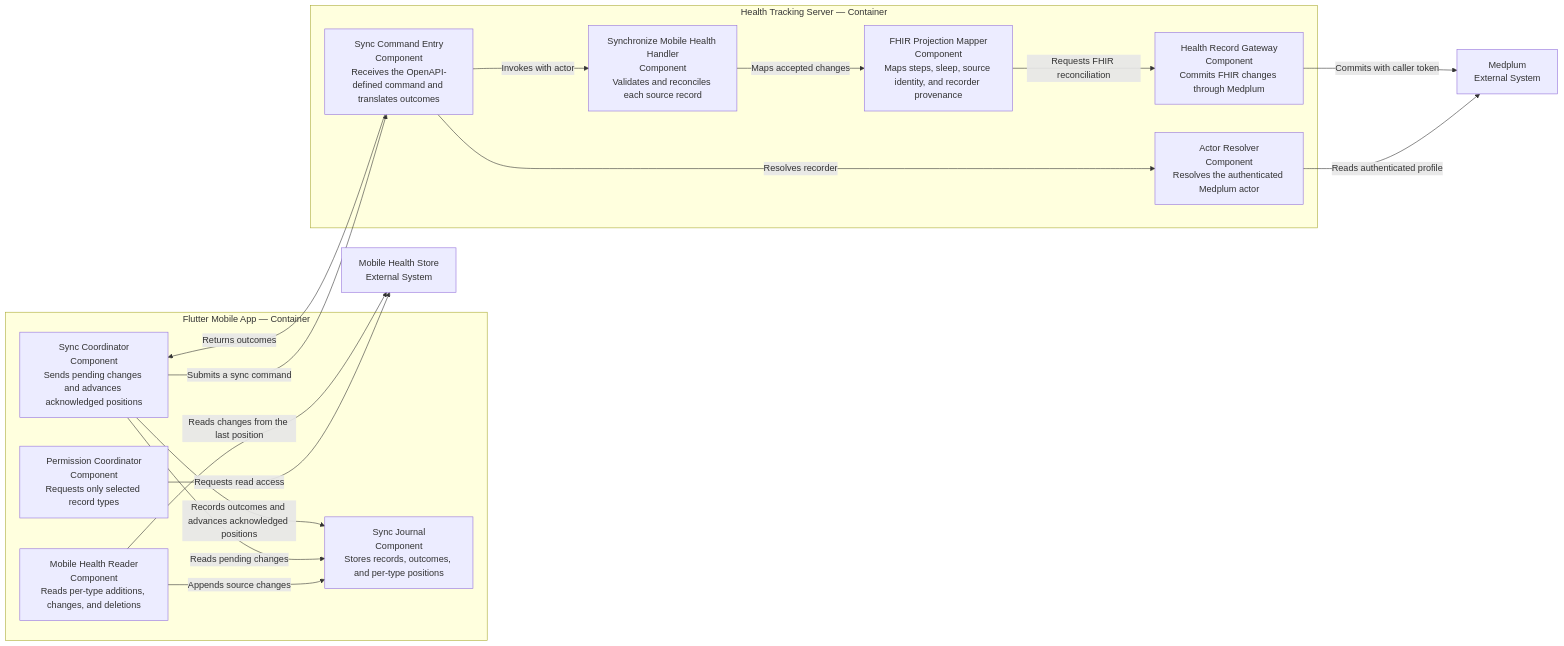
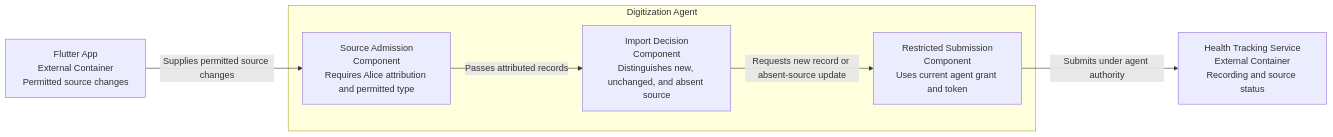
The second of 3 diagrams in dhf/documents/design/mobile_health_sync.md (ragavsathish/medplum), drawn with Mermaid before and after one commit. The commit also changed other lines of this file and 6 other files, not shown here.

````diff
--- a/dhf/documents/design/mobile_health_sync.md
+++ b/dhf/documents/design/mobile_health_sync.md
@@ -145,34 +109,16 @@
 ```mermaid
 flowchart LR
-    source["Mobile Health Store<br/>External System"]
-    medplum["Medplum<br/>External System"]
+    app["Flutter App<br/>External Container<br/>Permitted source changes"]
+    tracking["Health Tracking Service<br/>External Container<br/>Recording and source status"]
 
-    subgraph mobile["Flutter Mobile App — Container"]
-        permissions["Permission Coordinator<br/>Component<br/>Requests only selected record types"]
-        reader["Mobile Health Reader<br/>Component<br/>Reads per-type additions, changes, and deletions"]
-        journal["Sync Journal<br/>Component<br/>Stores records, outcomes, and per-type positions"]
-        coordinator["Sync Coordinator<br/>Component<br/>Sends pending changes and advances acknowledged positions"]
+    subgraph agent["Digitization Agent"]
+        admission["Source Admission<br/>Component<br/>Requires Alice attribution and permitted type"]
+        decision["Import Decision<br/>Component<br/>Distinguishes new, unchanged, and absent source"]
+        submission["Restricted Submission<br/>Component<br/>Uses current agent grant and token"]
     end
 
-    subgraph server["Health Tracking Server — Container"]
-        entry["Sync Command Entry<br/>Component<br/>Receives the OpenAPI-defined command and translates outcomes"]
-        actor["Actor Resolver<br/>Component<br/>Resolves the authenticated Medplum actor"]
-        handler["Synchronize Mobile Health Handler<br/>Component<br/>Validates and reconciles each source record"]
-        mapper["FHIR Projection Mapper<br/>Component<br/>Maps steps, sleep, source identity, and recorder provenance"]
-        gateway["Health Record Gateway<br/>Component<br/>Commits FHIR changes through Medplum"]
-    end
-
-    permissions -->|"Requests read access"| source
-    reader -->|"Reads changes from the last position"| source
-    reader -->|"Appends source changes"| journal
-    coordinator -->|"Reads pending changes"| journal
-    coordinator -->|"Submits a sync command"| entry
-    entry -->|"Resolves recorder"| actor
-    actor -->|"Reads authenticated profile"| medplum
-    entry -->|"Invokes with actor"| handler
-    handler -->|"Maps accepted changes"| mapper
-    mapper -->|"Requests FHIR reconciliation"| gateway
-    gateway -->|"Commits with caller token"| medplum
-    entry -->|"Returns outcomes"| coordinator
-    coordinator -->|"Records outcomes and advances acknowledged positions"| journal
+    app -->|"Supplies permitted source changes"| admission
+    admission -->|"Passes attributed records"| decision
+    decision -->|"Requests new record or absent-source update"| submission
+    submission -->|"Submits under agent authority"| tracking
 ```
````
